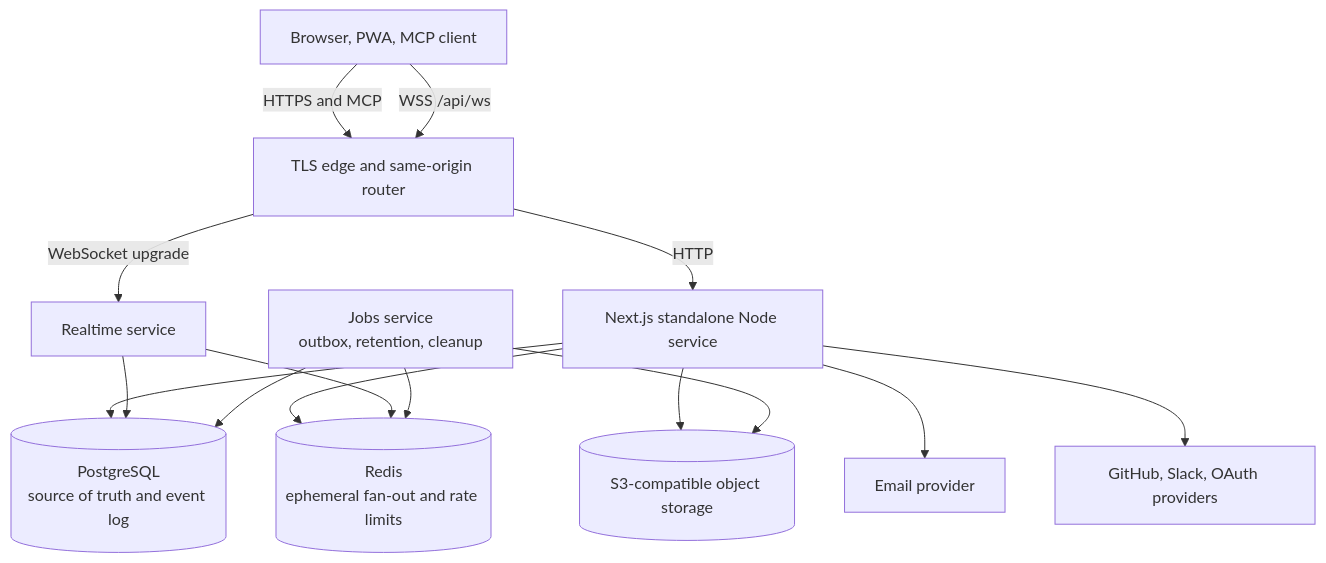
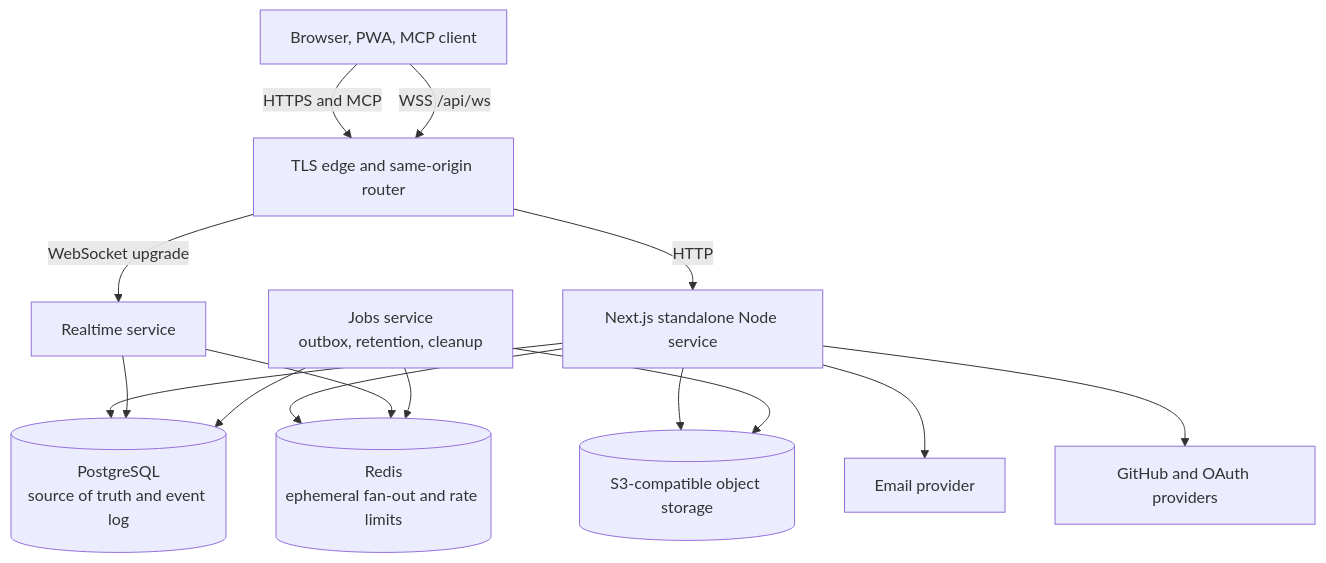
One commit to Noveum/orbit changed the second of 3 diagrams in docs/superpowers/plans/2026-08-09-open-source-readiness.md. Above: the diagram before and after it, drawn with Mermaid. The commit also changed other lines of this file and 10 other files, not shown here.

````diff
--- a/docs/superpowers/plans/2026-08-09-open-source-readiness.md
+++ b/docs/superpowers/plans/2026-08-09-open-source-readiness.md
@@ -232,28 +292,28 @@
 ```mermaid
 flowchart TB
   Client["Browser, PWA, MCP client"]
   Edge["TLS edge and same-origin router"]
   Web["Next.js standalone Node service"]
   Realtime["Realtime service"]
   Worker["Jobs service<br/>outbox, retention, cleanup"]
   Postgres[(PostgreSQL<br/>source of truth and event log)]
   Redis[(Redis<br/>ephemeral fan-out and rate limits)]
   Storage[(S3-compatible object storage)]
   Email["Email provider"]
-  Integrations["GitHub, Slack, OAuth providers"]
+  Integrations["GitHub and OAuth providers"]
 
   Client -->|HTTPS and MCP| Edge
   Client -->|WSS /api/ws| Edge
   Edge -->|HTTP| Web
   Edge -->|WebSocket upgrade| Realtime
   Web --> Postgres
   Web --> Redis
   Web --> Storage
   Web --> Email
   Web --> Integrations
   Realtime --> Postgres
   Realtime --> Redis
   Worker --> Postgres
   Worker --> Redis
   Worker --> Storage
 ```
````
